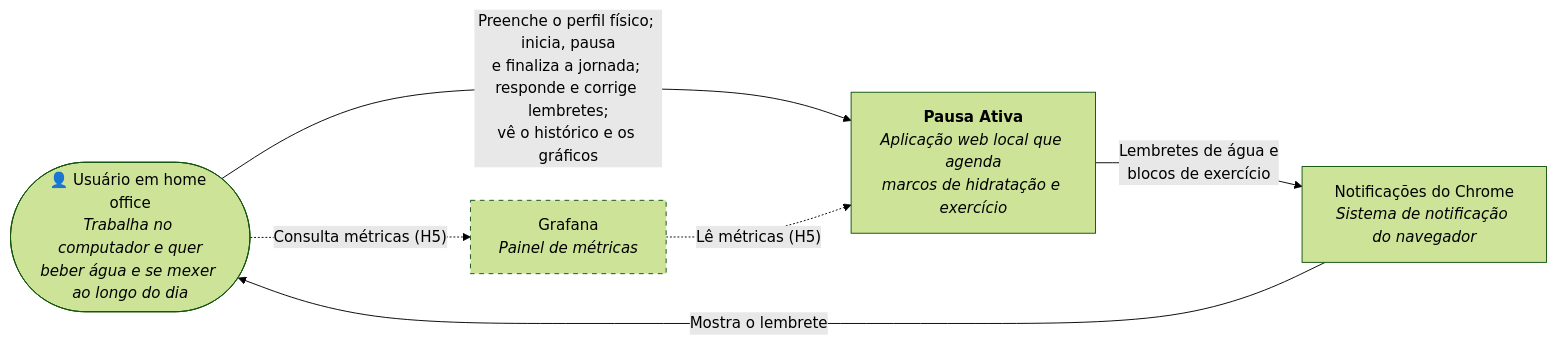
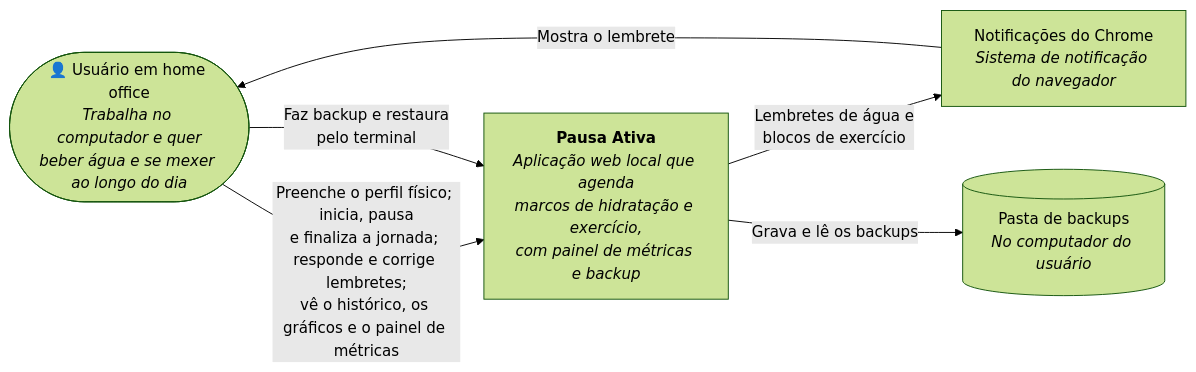
The diagram in docs/arquitetura/c4-1-contexto.md (lincolnnaraujo/pausa-ativa), drawn with Mermaid (forest theme) before and after one commit. The commit also changed other lines of this file and 12 other files, not shown here.

````diff
--- a/docs/arquitetura/c4-1-contexto.md
+++ b/docs/arquitetura/c4-1-contexto.md
@@ -5,16 +5,13 @@
 ```mermaid
 flowchart LR
     U(["👤 Usuário em home office<br/><i>Trabalha no computador e quer<br/>beber água e se mexer ao longo do dia</i>"])
-    S["<b>Pausa Ativa</b><br/><i>Aplicação web local que agenda<br/>marcos de hidratação e exercício</i>"]
+    S["<b>Pausa Ativa</b><br/><i>Aplicação web local que agenda<br/>marcos de hidratação e exercício,<br/>com painel de métricas e backup</i>"]
     N["Notificações do Chrome<br/><i>Sistema de notificação do navegador</i>"]
-    G["Grafana<br/><i>Painel de métricas</i>"]
+    P[("Pasta de backups<br/><i>No computador do usuário</i>")]
 
-    U -->|"Preenche o perfil físico; inicia, pausa<br/>e finaliza a jornada; responde e corrige lembretes;<br/>vê o histórico e os gráficos"| S
+    U -->|"Preenche o perfil físico; inicia, pausa<br/>e finaliza a jornada; responde e corrige lembretes;<br/>vê o histórico, os gráficos e o painel de métricas"| S
     S -->|"Lembretes de água e<br/>blocos de exercício"| N
     N -->|"Mostra o lembrete"| U
-    U -.->|"Consulta métricas (H5)"| G
-    G -.->|"Lê métricas (H5)"| S
-
-    classDef futuro stroke-dasharray: 5 5
-    class G futuro
+    U -->|"Faz backup e restaura<br/>pelo terminal"| S
+    S -->|"Grava e lê os backups"| P
 ```
````
